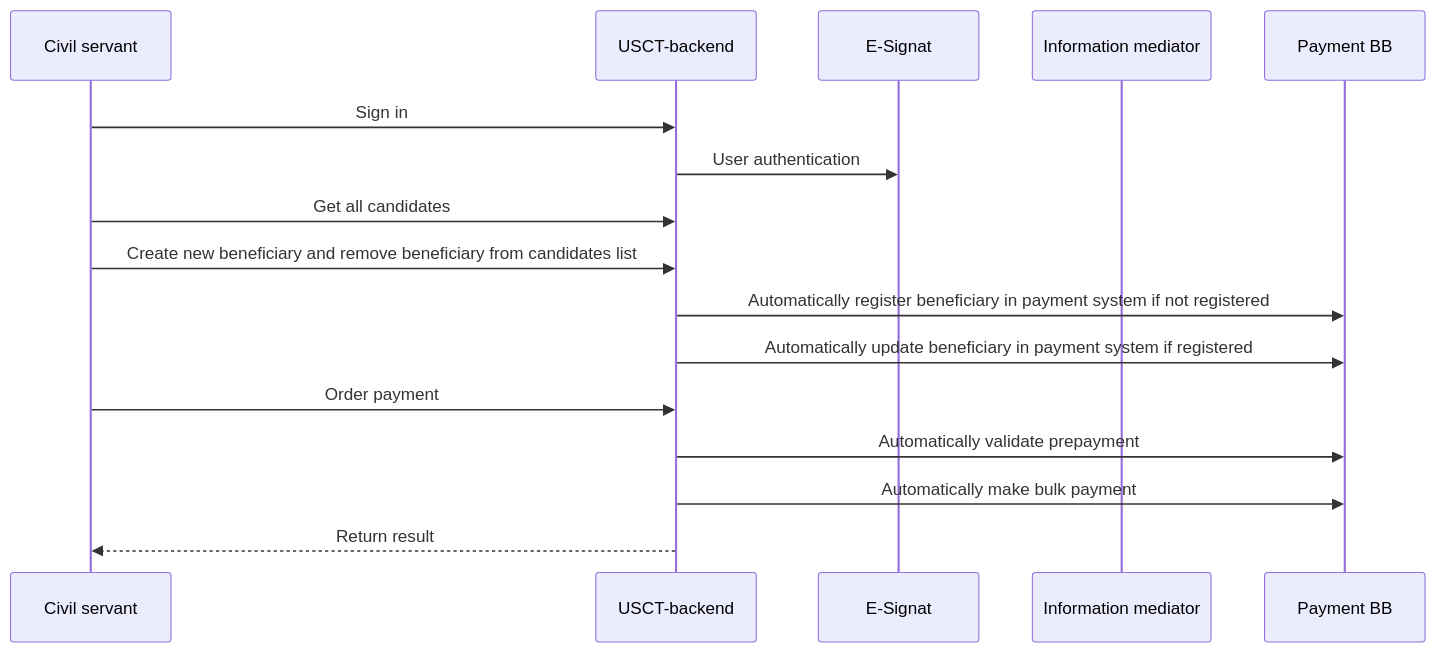
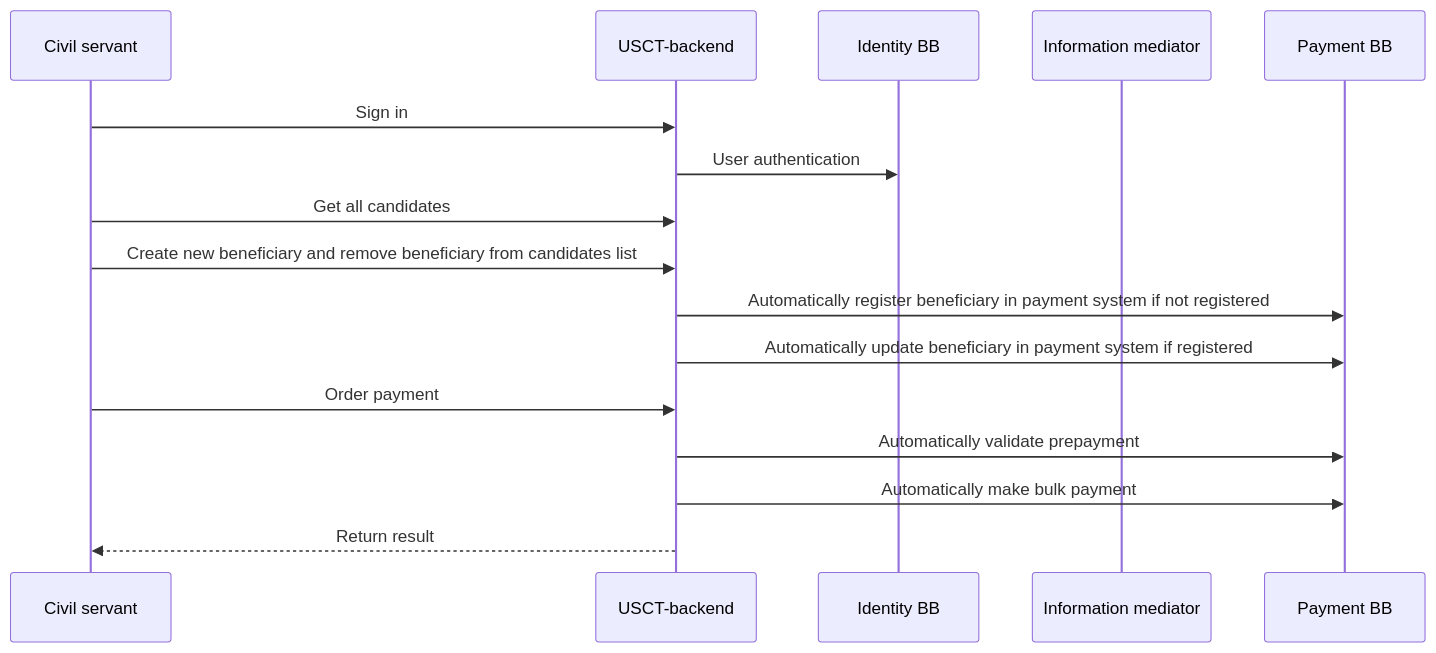
The diagram in docs/main.md (GovStackWorkingGroup/sandbox-usecase-usct-backend), drawn with Mermaid before and after one commit.

````diff
--- a/docs/main.md
+++ b/docs/main.md
@@ -17,16 +17,16 @@
 ```mermaid
 sequenceDiagram
     Civil servant ->> USCT-backend: Sign in
-    USCT-backend ->> E-Signat: User authentication
+    USCT-backend ->> Identity BB: User authentication
     participant im as Information mediator
 
 %%  Civil servant ->> eSignet: /v1/esignet/authorization/userinfo //GET no need for sign in step 
     Civil servant ->> USCT-backend: Get all candidates
     Civil servant ->> USCT-backend: Create new beneficiary and remove beneficiary from candidates list
     USCT-backend ->> Payment BB: Automatically register beneficiary in payment system if not registered
     USCT-backend ->> Payment BB: Automatically update beneficiary in payment system if registered
     Civil servant ->> USCT-backend: Order payment
     USCT-backend ->> Payment BB: Automatically validate prepayment
     USCT-backend ->> Payment BB: Automatically make bulk payment
     USCT-backend -->> Civil servant: Return result
 ```
````
